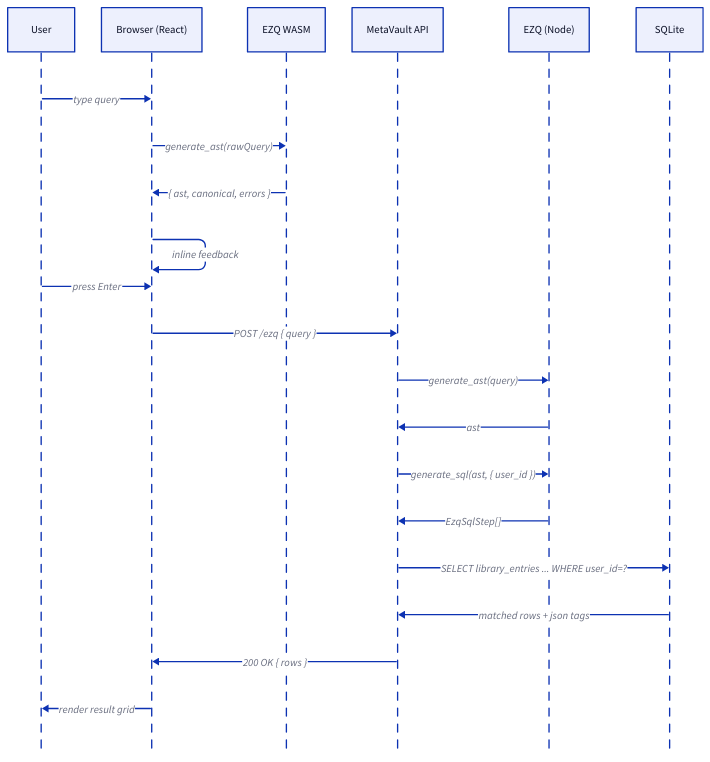
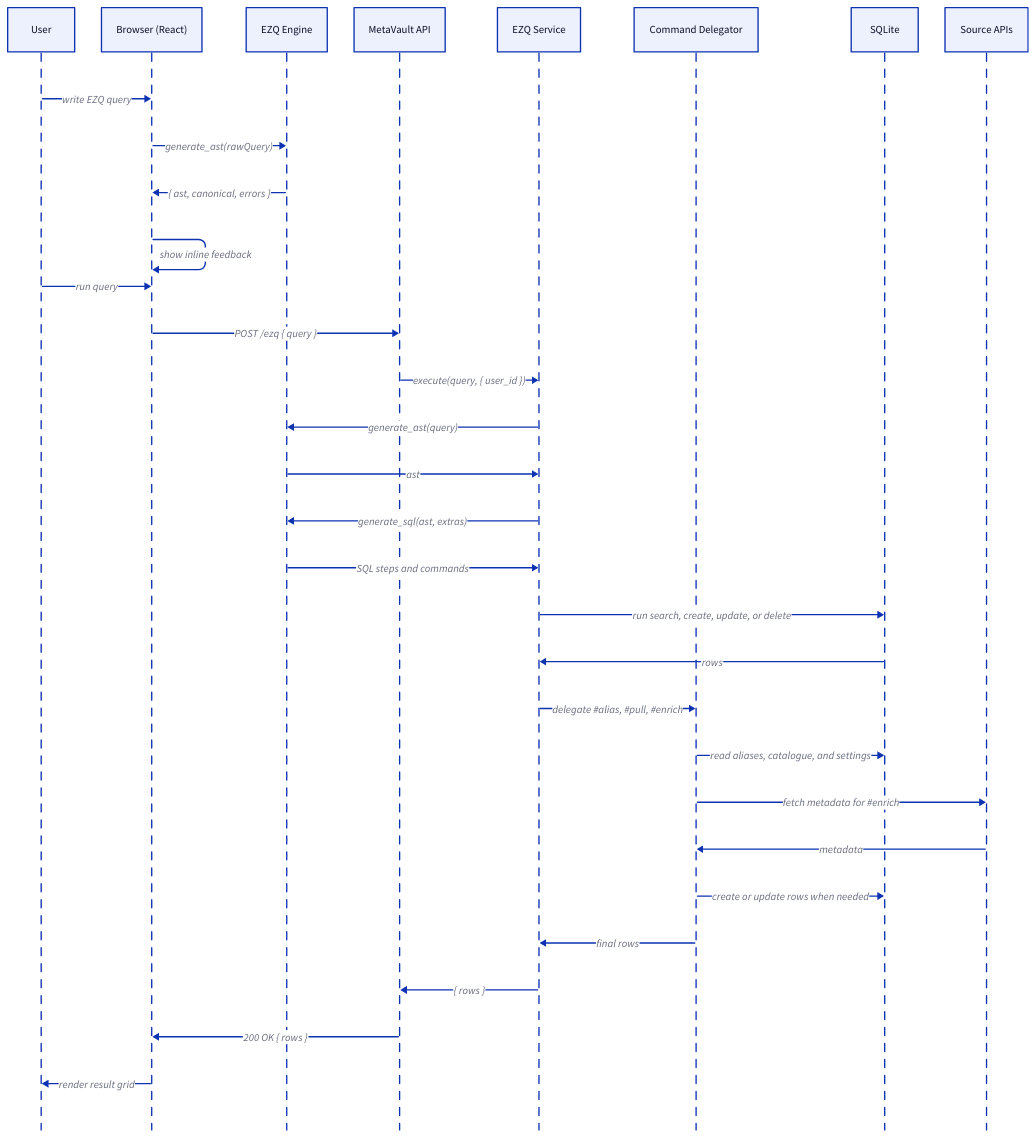
Before and after one commit to etherbits/metavault: the diagram in docs/diagrams/src/sequence-search.d2, drawn with D2. The commit also changed 6 other files, not shown here.

Commit message:
Refresh README and diagrams

```diff
--- a/docs/diagrams/src/sequence-search.d2
+++ b/docs/diagrams/src/sequence-search.d2
@@ -1,24 +1,36 @@
 shape: sequence_diagram
 
 user: User
 client: "Browser (React)"
-ezq_wasm: "EZQ WASM"
+ezq_engine: "EZQ Engine"
 api: "MetaVault API"
-ezq_node: "EZQ (Node)"
+ezq_service: "EZQ Service"
+delegator: "Command Delegator"
 db: "SQLite"
+sources: "Source APIs"
 
-user -> client: "type query"
-client -> ezq_wasm: "generate_ast(rawQuery)"
-ezq_wasm -> client: "{ ast, canonical, errors }"
-client -> client: "inline feedback"
+user -> client: "write EZQ query"
+client -> ezq_engine: "generate_ast(rawQuery)"
+ezq_engine -> client: "{ ast, canonical, errors }"
+client -> client: "show inline feedback"
 
-user -> client: "press Enter"
+user -> client: "run query"
 client -> api: "POST /ezq { query }"
-api -> ezq_node: "generate_ast(query)"
-ezq_node -> api: "ast"
-api -> ezq_node: "generate_sql(ast, { user_id })"
-ezq_node -> api: "EzqSqlStep[]"
-api -> db: "SELECT library_entries ... WHERE user_id=?"
-db -> api: "matched rows + json tags"
+api -> ezq_service: "execute(query, { user_id })"
+ezq_service -> ezq_engine: "generate_ast(query)"
+ezq_engine -> ezq_service: "ast"
+ezq_service -> ezq_engine: "generate_sql(ast, extras)"
+ezq_engine -> ezq_service: "SQL steps and commands"
+ezq_service -> db: "run search, create, update, or delete"
+db -> ezq_service: "rows"
+
+ezq_service -> delegator: "delegate #alias, #pull, #enrich"
+delegator -> db: "read aliases, catalogue, and settings"
+delegator -> sources: "fetch metadata for #enrich"
+sources -> delegator: "metadata"
+delegator -> db: "create or update rows when needed"
+delegator -> ezq_service: "final rows"
+
+ezq_service -> api: "{ rows }"
 api -> client: "200 OK { rows }"
 client -> user: "render result grid"
```
